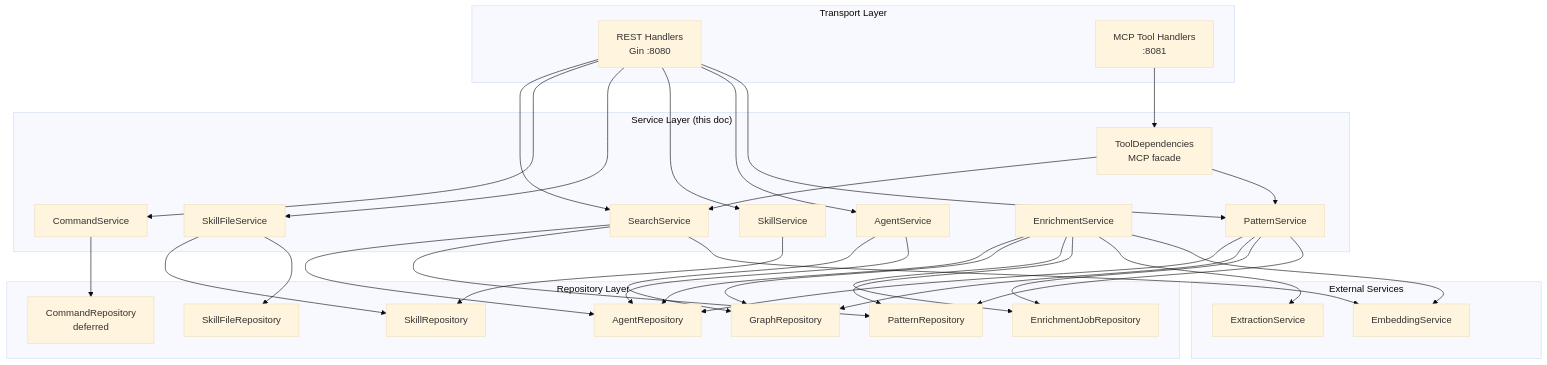
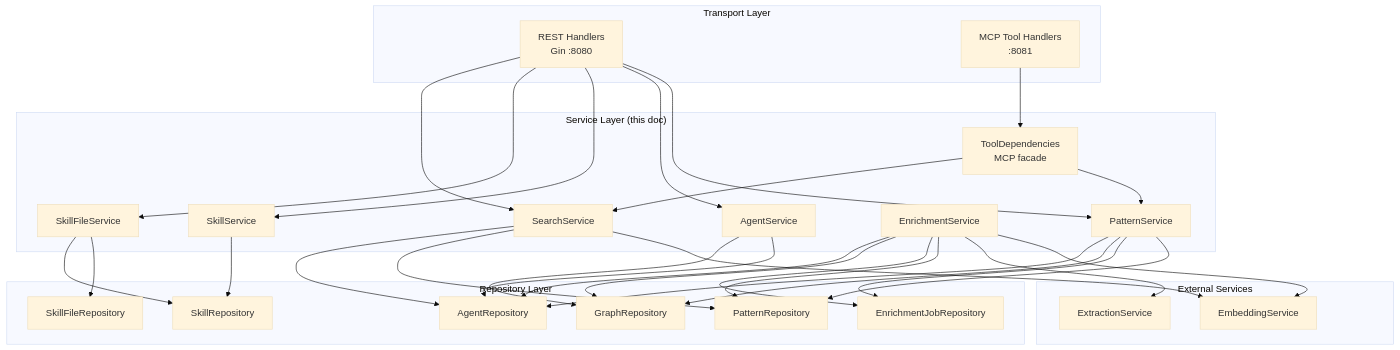
Before and after one commit to twistingmercury/mnemonic-mcp: the first of 3 diagrams in docs/design/service-layer.md, drawn with Mermaid (base theme). The commit also changed other lines of this file and 49 other files, not shown here.

````diff
--- a/docs/design/service-layer.md
+++ b/docs/design/service-layer.md
@@ -82,65 +81,61 @@
 ```mermaid
 graph TB
     subgraph "Transport Layer"
         REST[REST Handlers<br/>Gin :8080]
         MCP[MCP Tool Handlers<br/>:8081]
     end
 
     subgraph "Service Layer (this doc)"
         PS[PatternService]
         AS[AgentService]
         SS[SkillService]
         SFS[SkillFileService]
-        CS[CommandService]
         ES[EnrichmentService]
         SEARCH[SearchService]
         TD[ToolDependencies<br/>MCP facade]
     end
 
     subgraph "External Services"
         EMB[EmbeddingService]
         EXT[ExtractionService]
     end
 
     subgraph "Repository Layer"
         PR[PatternRepository]
         AR[AgentRepository]
         SR[SkillRepository]
         SFR[SkillFileRepository]
-        CR[CommandRepository<br/>deferred]
         EJR[EnrichmentJobRepository]
         GR[GraphRepository]
     end
 
     REST --> PS
     REST --> AS
     REST --> SS
     REST --> SFS
-    REST --> CS
     REST --> SEARCH
 
     MCP --> TD
     TD --> PS
     TD --> SEARCH
 
     ES --> EMB
     ES --> EXT
     ES --> PR
     ES --> EJR
     ES --> GR
     ES --> AR
     SEARCH --> EMB
     SEARCH --> PR
     SEARCH --> AR
 
     PS --> PR
     PS --> EJR
     PS --> GR
     PS --> AR
     AS --> AR
     AS --> GR
     SS --> SR
     SFS --> SFR
     SFS --> SR
-    CS --> CR
 ```
````
